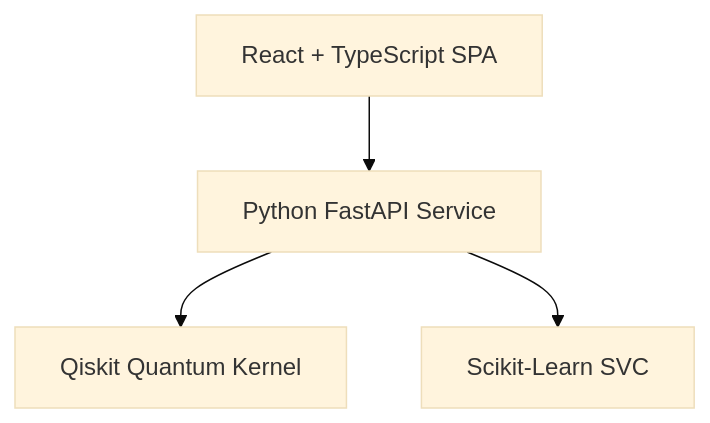
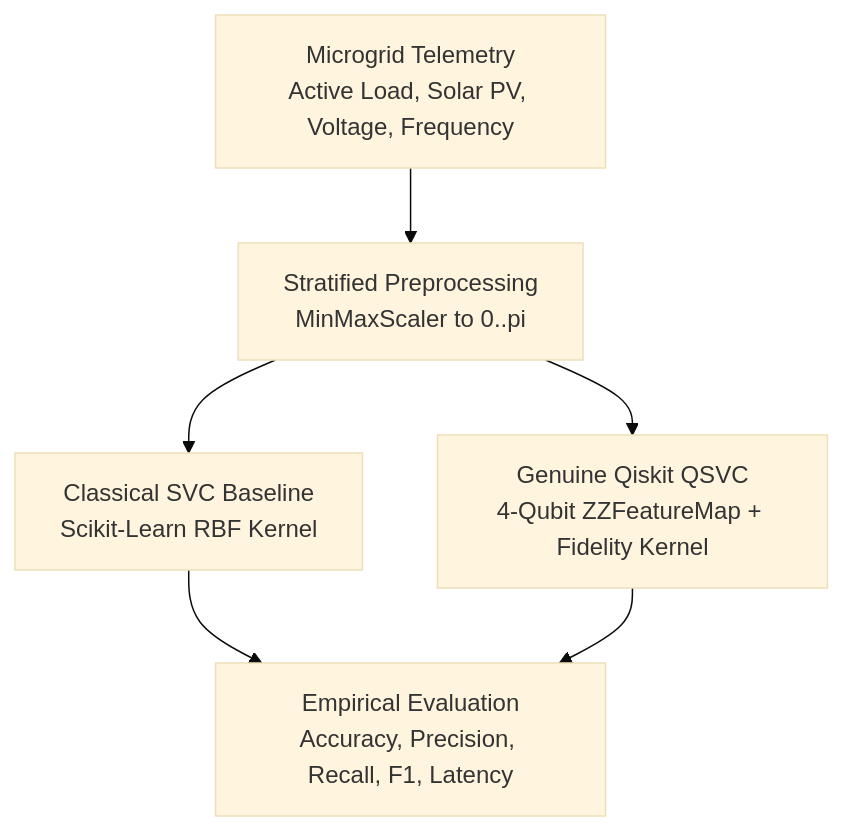
Before and after one commit to vtu-qiskit-fall-fest-2026/vtu-hc-ctrl-ai: the diagram in README.md, drawn with Mermaid (base theme). The commit also changed other lines of this file and 3 other files, not shown here.

````diff
--- a/README.md
+++ b/README.md
@@ -202,6 +83,14 @@
 ```mermaid
 flowchart TD
-    Client[React + TypeScript SPA] --> API[Python FastAPI Service]
-    API --> Qiskit[Qiskit Quantum Kernel]
-    API --> Classical[Scikit-Learn SVC]
+    Sensor[Microgrid Telemetry<br/>Active Load, Solar PV, Voltage, Frequency]
+    Pre[Stratified Preprocessing<br/>MinMaxScaler to 0..pi]
+    Classical[Classical SVC Baseline<br/>Scikit-Learn RBF Kernel]
+    Quantum[Genuine Qiskit QSVC<br/>4-Qubit ZZFeatureMap + Fidelity Kernel]
+    Bench[Empirical Evaluation<br/>Accuracy, Precision, Recall, F1, Latency]
+
+    Sensor --> Pre
+    Pre --> Classical
+    Pre --> Quantum
+    Classical --> Bench
+    Quantum --> Bench
 ```
````
